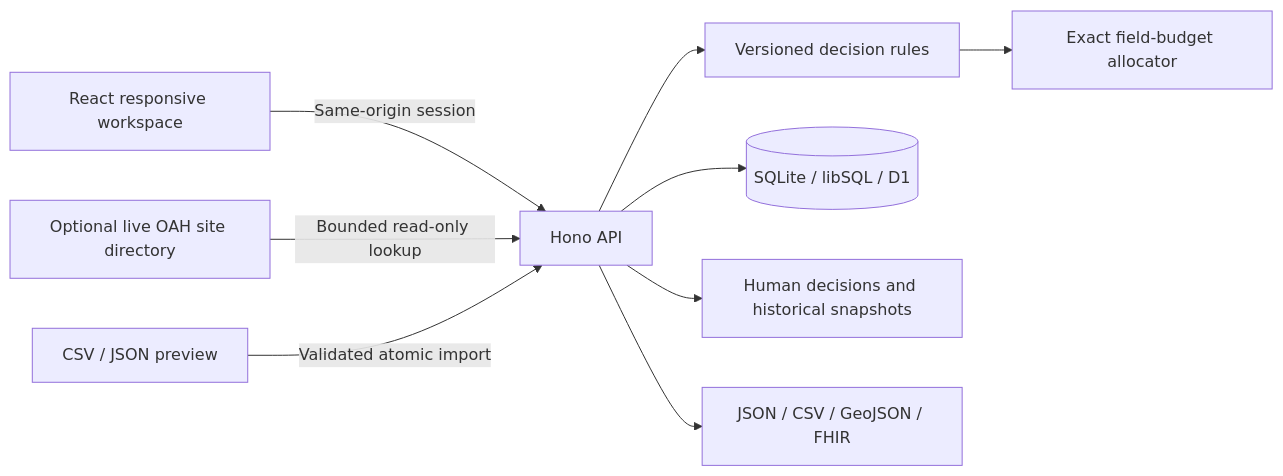
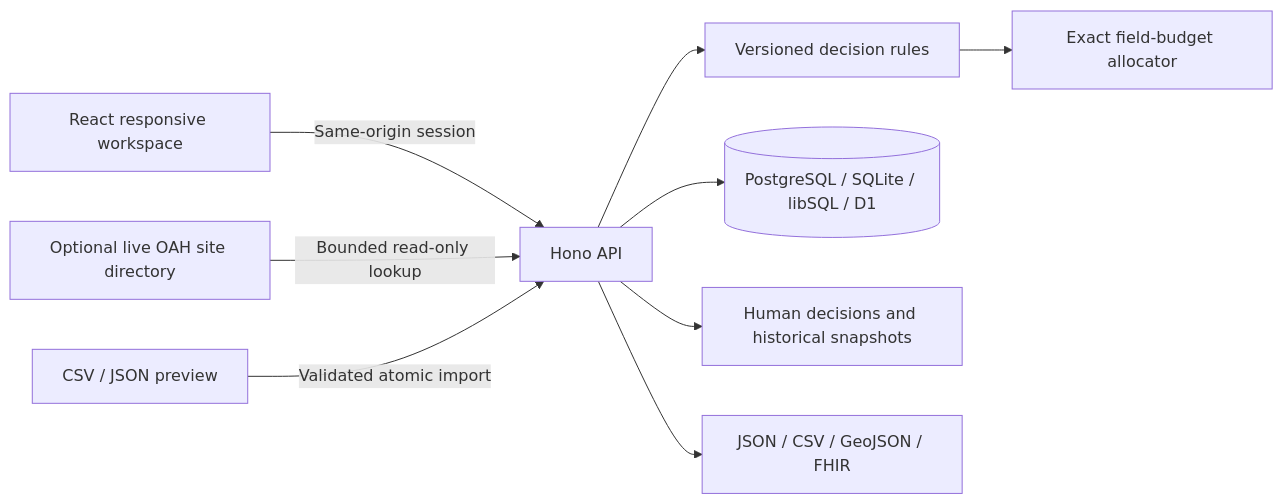
Before and after one commit to shi1720/OneAquaHealth: the diagram in README.md, drawn with Mermaid. The commit also changed other lines of this file and 75 other files, not shown here.

Commit message:
Ship Rill 1.1 with Firebase hosting, durable PostgreSQL, and narrated demo

````diff
--- a/README.md
+++ b/README.md
@@ -56,11 +58,11 @@
 ```mermaid
 flowchart LR
   A[React responsive workspace] -->|Same-origin session| B[Hono API]
   B --> C[Versioned decision rules]
   C --> D[Exact field-budget allocator]
-  B --> E[(SQLite / libSQL / D1)]
+  B --> E[(PostgreSQL / SQLite / libSQL / D1)]
   B --> F[Human decisions and historical snapshots]
   B --> G[JSON / CSV / GeoJSON / FHIR]
   H[Optional live OAH site directory] -->|Bounded read-only lookup| B
   I[CSV / JSON preview] -->|Validated atomic import| B
 ```
````
